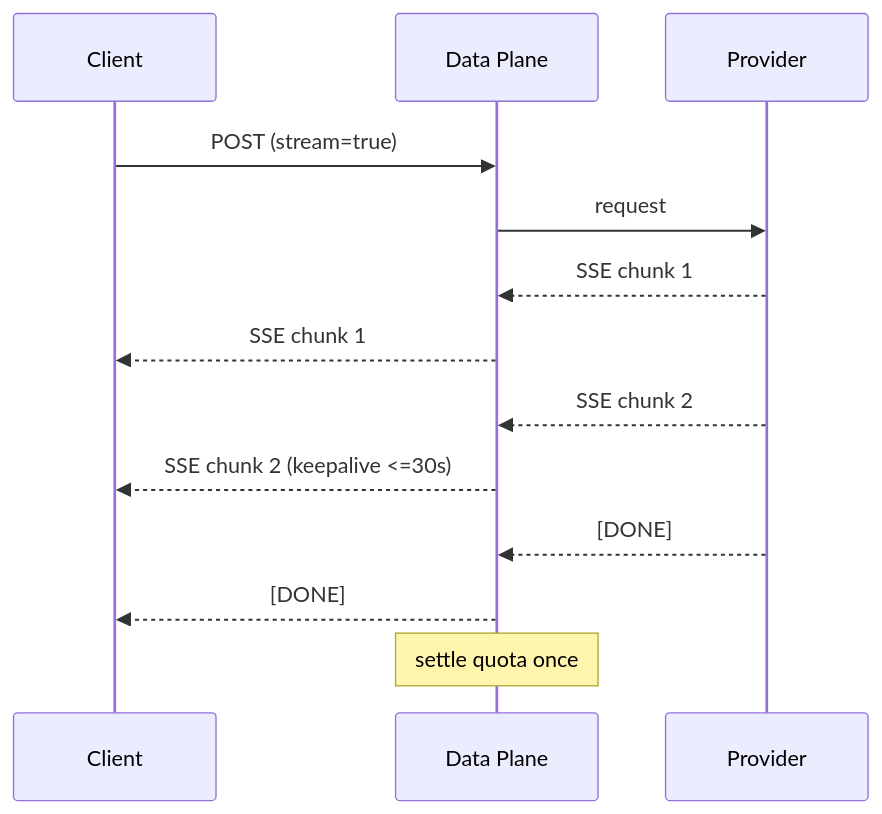
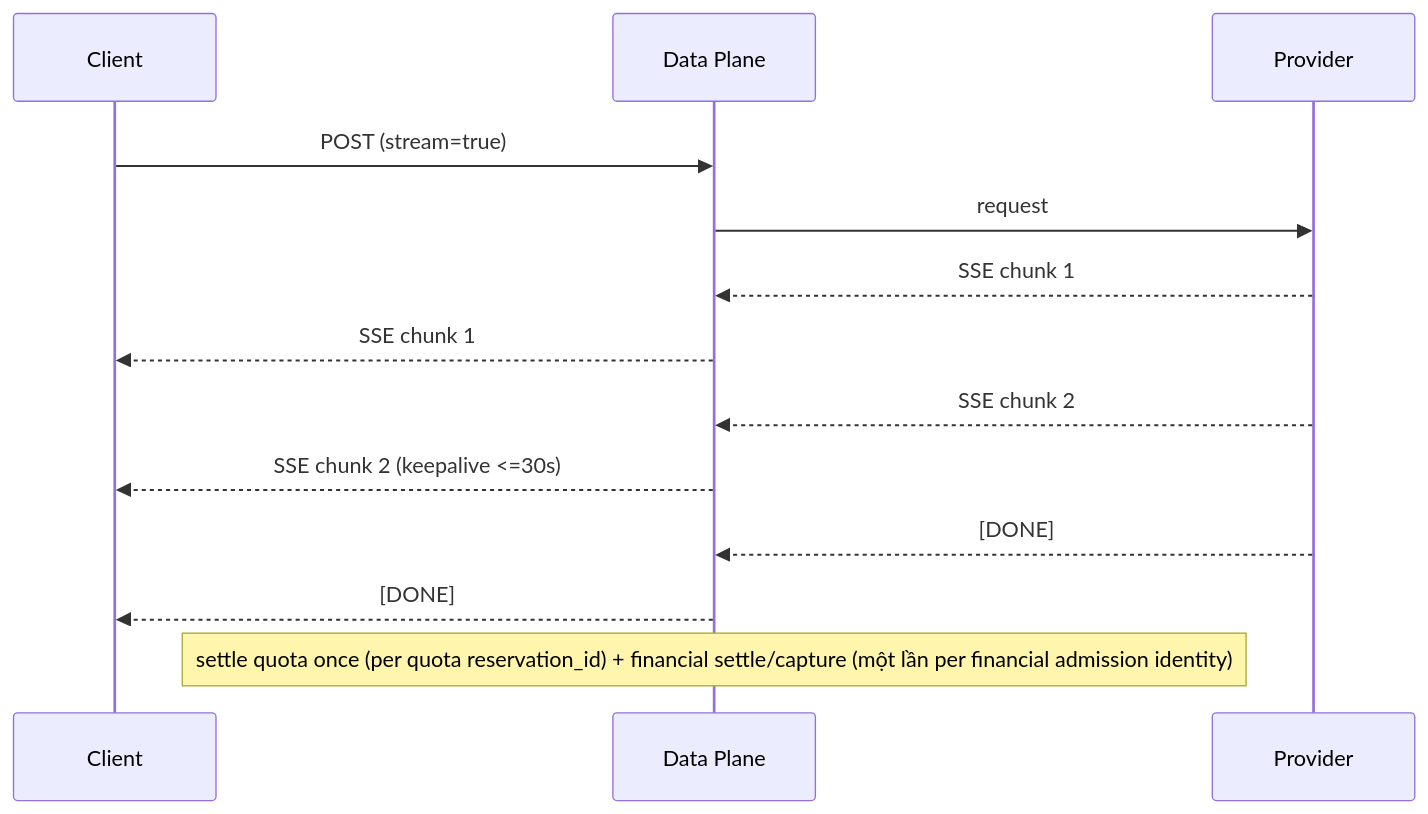
The fifth of 7 diagrams in docs/applications/llm-api/01-architecture.md (ecoma-io/ecoma), drawn with Mermaid before and after one commit. The commit also changed other lines of this file and 23 other files, not shown here.

````diff
--- a/docs/applications/llm-api/01-architecture.md
+++ b/docs/applications/llm-api/01-architecture.md
@@ -298,16 +352,16 @@
 ```mermaid
 sequenceDiagram
   participant C as Client
   participant DP as Data Plane
   participant P as Provider
 
   C->>DP: POST (stream=true)
   DP->>P: request
   P-->>DP: SSE chunk 1
   DP-->>C: SSE chunk 1
   P-->>DP: SSE chunk 2
   DP-->>C: SSE chunk 2 (keepalive <=30s)
   P-->>DP: [DONE]
   DP-->>C: [DONE]
-  Note over DP: settle quota once
+  Note over DP: settle quota once (per quota reservation_id) + financial settle/capture (một lần per financial admission identity)
 ```
````
